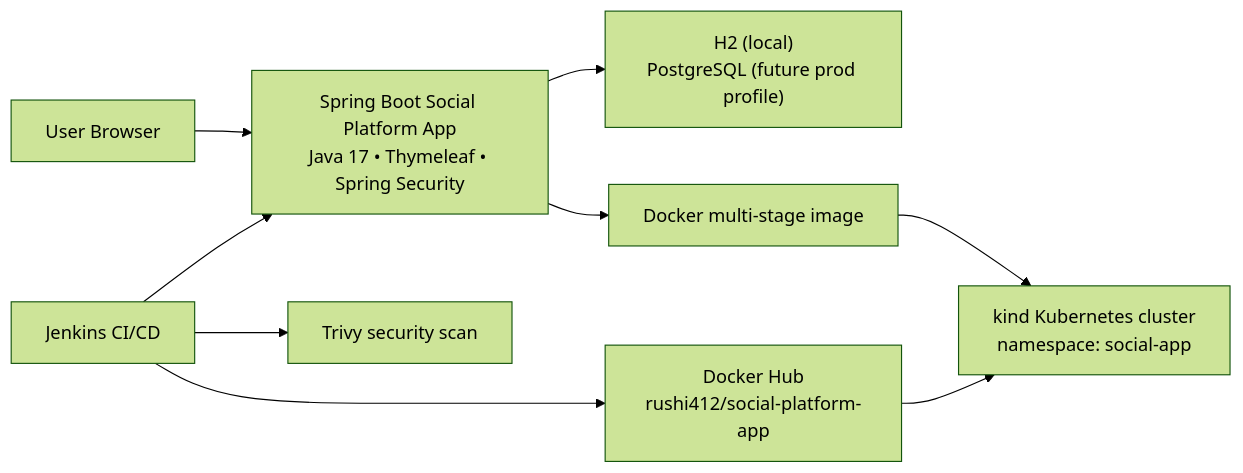
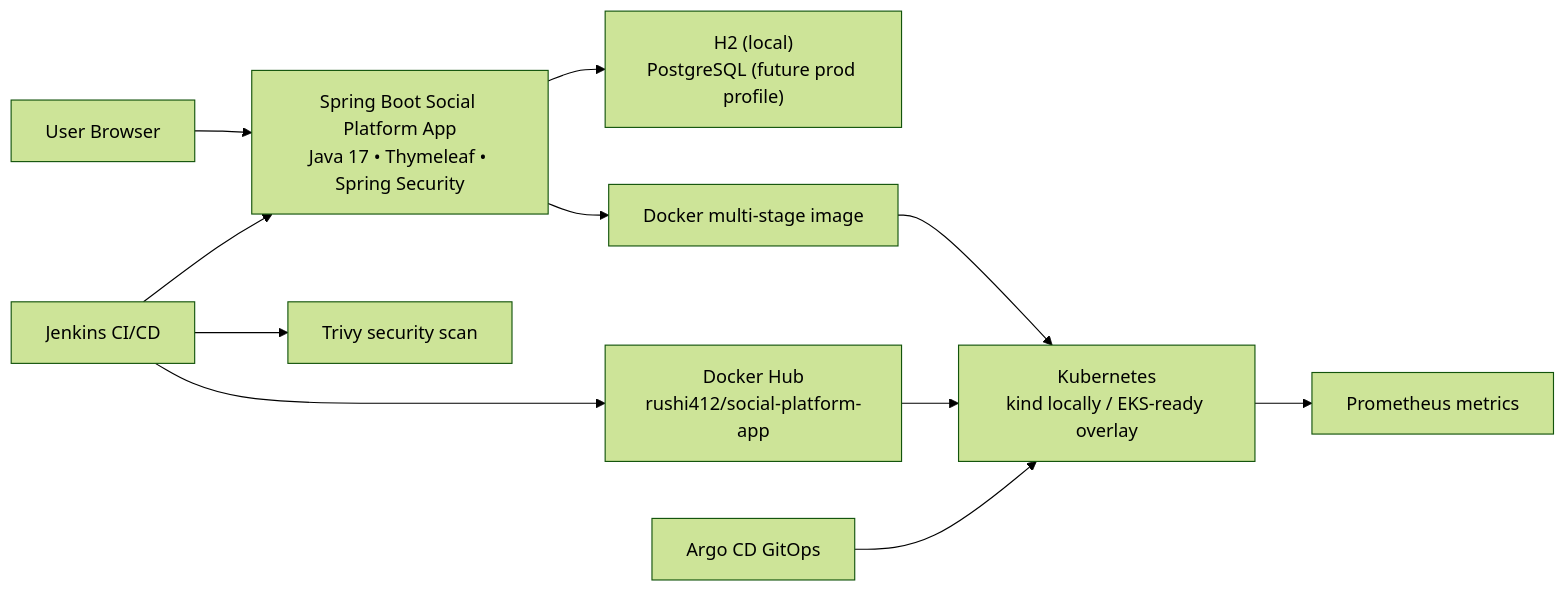
Before and after one commit to Rushi412/DevOps-Project-ProductionAppDeployment: the diagram in docs/architecture.md, drawn with Mermaid (forest theme). The commit also changed 22 other files, not shown here.

Commit message:
feat: add EKS-ready delivery safeguards and validation

````diff
--- a/docs/architecture.md
+++ b/docs/architecture.md
@@ -1,20 +1,22 @@
 ```mermaid
 flowchart LR
     User["User Browser"]
     App["Spring Boot Social Platform App<br/>Java 17 • Thymeleaf • Spring Security"]
     DB["H2 (local)<br/>PostgreSQL (future prod profile)"]
     Docker["Docker multi-stage image"]
-    Kind["kind Kubernetes cluster<br/>namespace: social-app"]
+    Kubernetes["Kubernetes<br/>kind locally / EKS-ready overlay"]
     Jenkins["Jenkins CI/CD"]
     Trivy["Trivy security scan"]
     DockerHub["Docker Hub<br/>rushi412/social-platform-app"]
 
     User --> App
     App --> DB
     App --> Docker
-    Docker --> Kind
+    Docker --> Kubernetes
     Jenkins --> App
     Jenkins --> Trivy
     Jenkins --> DockerHub
-    DockerHub --> Kind
+    DockerHub --> Kubernetes
+    Argo["Argo CD GitOps"] --> Kubernetes
+    Kubernetes --> Prometheus["Prometheus metrics"]
 ```
````
